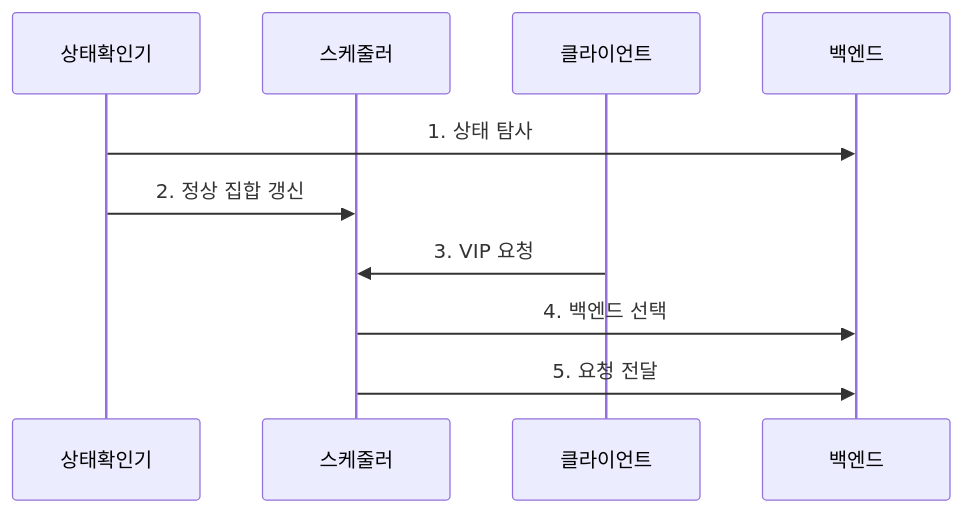
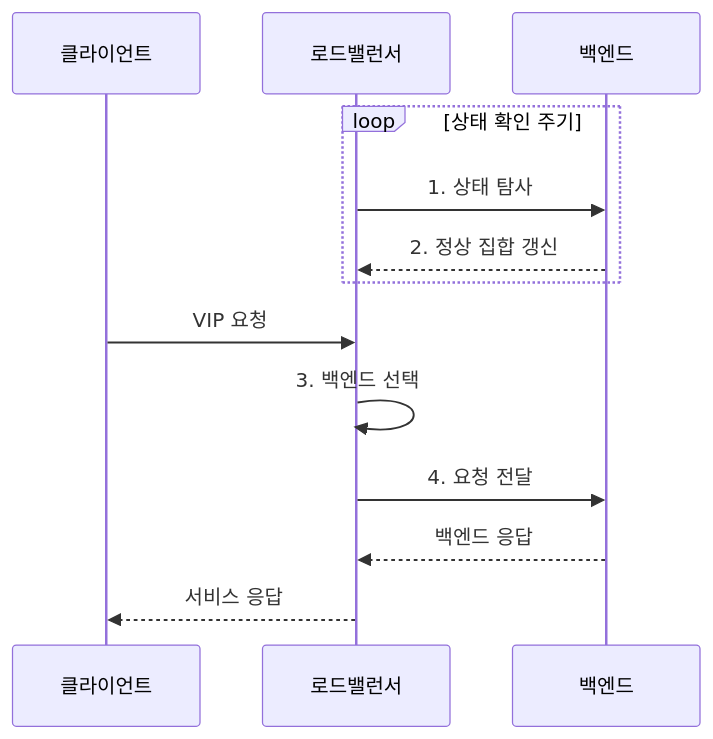
One commit to agnusdei1207/knowledge-base changed the second of 2 diagrams in src/content/docs/notes/04-network/019_load_balancer_l4_l7.md. Above: the diagram before and after it, drawn with Mermaid. The commit also changed other lines of this file and 20 other files, not shown here.

````diff
--- a/src/content/docs/notes/04-network/019_load_balancer_l4_l7.md
+++ b/src/content/docs/notes/04-network/019_load_balancer_l4_l7.md
@@ -90,12 +90,15 @@
 ```mermaid
 sequenceDiagram
-    participant 상태확인기
-    participant 스케줄러
     participant 클라이언트
+    participant 로드밸런서
     participant 백엔드
-    상태확인기->>백엔드: 1. 상태 탐사
-    상태확인기->>스케줄러: 2. 정상 집합 갱신
-    클라이언트->>스케줄러: 3. VIP 요청
-    스케줄러->>백엔드: 4. 백엔드 선택
-    스케줄러->>백엔드: 5. 요청 전달
+    loop 상태 확인 주기
+        로드밸런서->>백엔드: 1. 상태 탐사
+        백엔드-->>로드밸런서: 2. 정상 집합 갱신
+    end
+    클라이언트->>로드밸런서: VIP 요청
+    로드밸런서->>로드밸런서: 3. 백엔드 선택
+    로드밸런서->>백엔드: 4. 요청 전달
+    백엔드-->>로드밸런서: 백엔드 응답
+    로드밸런서-->>클라이언트: 서비스 응답
 ```
````
